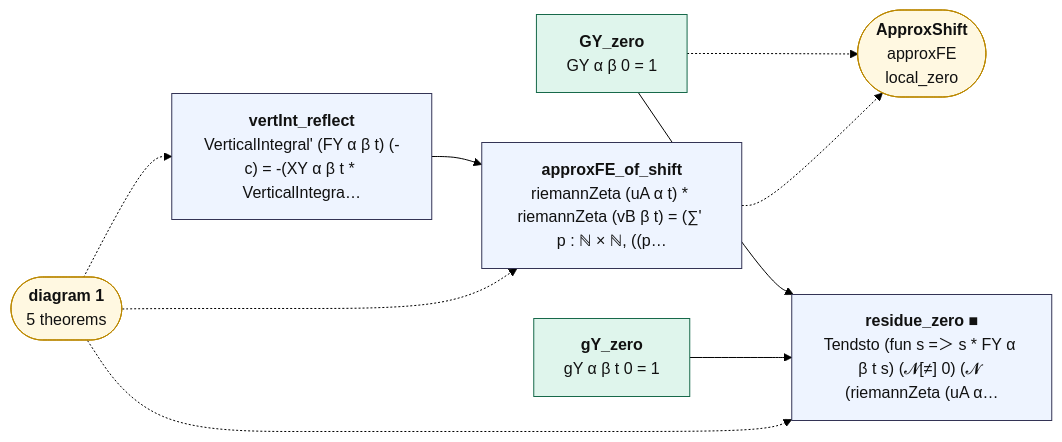
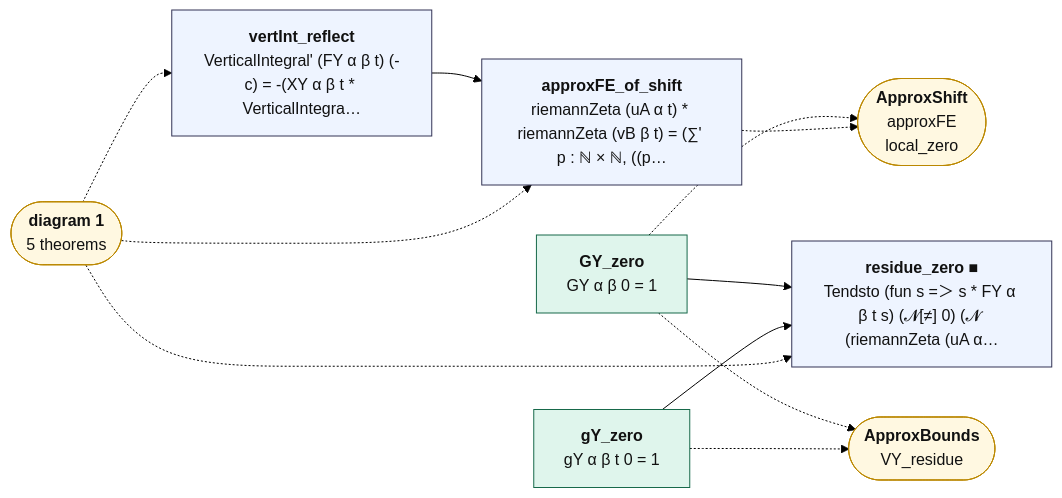
One commit to juliansambranojr/Primebeat_081426 changed the diagram in map/lean_stage3/ApproxFE.2.mmd. Above: the diagram before and after it, drawn with Mermaid (forest theme). The commit also changed 26 other files, not shown here.

```diff
--- a/map/lean_stage3/ApproxFE.2.mmd
+++ b/map/lean_stage3/ApproxFE.2.mmd
@@ -1,24 +1,27 @@
 flowchart LR
   n0["<b>vertInt_reflect</b><br/>VerticalIntegral' (FY α β t) (-c) = -(XY α β t * VerticalIntegra…"]:::thm
   n1["<b>GY_zero</b><br/>GY α β 0 = 1"]:::cnt
   n2["<b>gY_zero</b><br/>gY α β t 0 = 1"]:::cnt
   n3["<b>residue_zero ■</b><br/>Tendsto (fun s =＞ s * FY α β t s) (𝓝[≠] 0) (𝓝 (riemannZeta (uA α…"]:::thm
   n4["<b>approxFE_of_shift</b><br/>riemannZeta (uA α t) * riemannZeta (vB β t) = (∑' p : ℕ × ℕ, ((p…"]:::thm
   x0(["<b>diagram 1</b><br/>5 theorems"]):::ext
-  x1(["<b>ApproxShift</b><br/>approxFE<br/>local_zero"]):::ext
+  x1(["<b>ApproxBounds</b><br/>VY_residue"]):::ext
+  x2(["<b>ApproxShift</b><br/>approxFE<br/>local_zero"]):::ext
   n0 --> n4
   n1 --> n3
   n2 --> n3
   n1 -.-> x1
-  n4 -.-> x1
+  n1 -.-> x2
+  n2 -.-> x1
+  n4 -.-> x2
   x0 -.-> n0
   x0 -.-> n3
   x0 -.-> n4
   classDef cnt fill:#dff5ec,stroke:#17694a,color:#111
   classDef shp fill:#f1ecfb,stroke:#5b3fa0,color:#111
   classDef rh fill:#ffe5e5,stroke:#c22,color:#111,stroke-width:2px
   classDef thm fill:#eef4ff,stroke:#335,color:#111
   classDef end_ fill:#e7f7e7,stroke:#2a7,color:#111,stroke-width:2px
   classDef lone fill:#fff,stroke:#999,color:#111,stroke-dasharray:4 3
   classDef bad fill:#ffe5e5,stroke:#c22,color:#111,stroke-width:2px
   classDef ext fill:#fff8e1,stroke:#b80,color:#111
```
